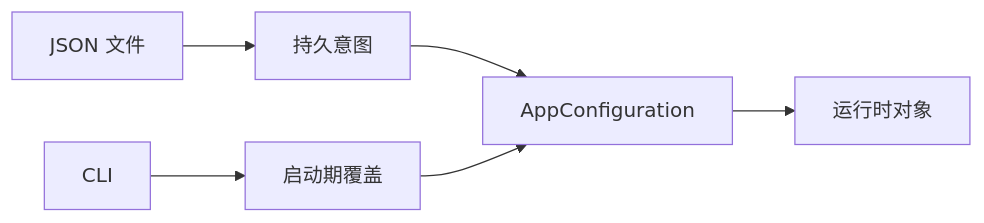
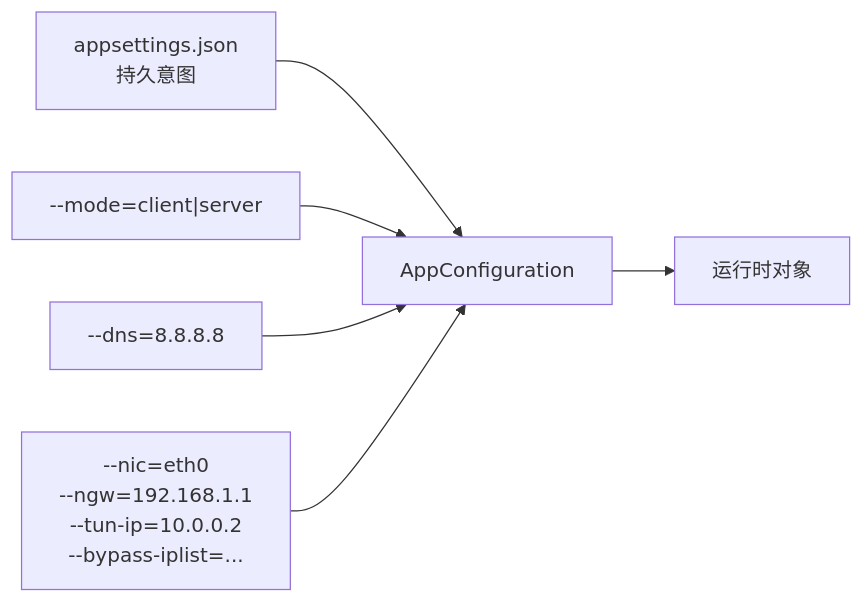
The sixth of 7 diagrams in docs/CONFIGURATION_CN.md (HyacinthHaru/openppp2), drawn with Mermaid before and after one commit. The commit also changed other lines of this file and 93 other files, not shown here.

````diff
--- a/docs/CONFIGURATION_CN.md
+++ b/docs/CONFIGURATION_CN.md
@@ -217,8 +450,8 @@
 ```mermaid
 flowchart LR
-    A[JSON 文件] --> B[持久意图]
-    C[CLI] --> D[启动期覆盖]
-    B --> E[AppConfiguration]
-    D --> E
+    A[appsettings.json\n持久意图] --> E[AppConfiguration]
+    B["--mode=client|server"] --> E
+    C["--dns=8.8.8.8"] --> E
+    D["--nic=eth0\n--ngw=192.168.1.1\n--tun-ip=10.0.0.2\n--bypass-iplist=..."] --> E
     E --> F[运行时对象]
 ```
````
